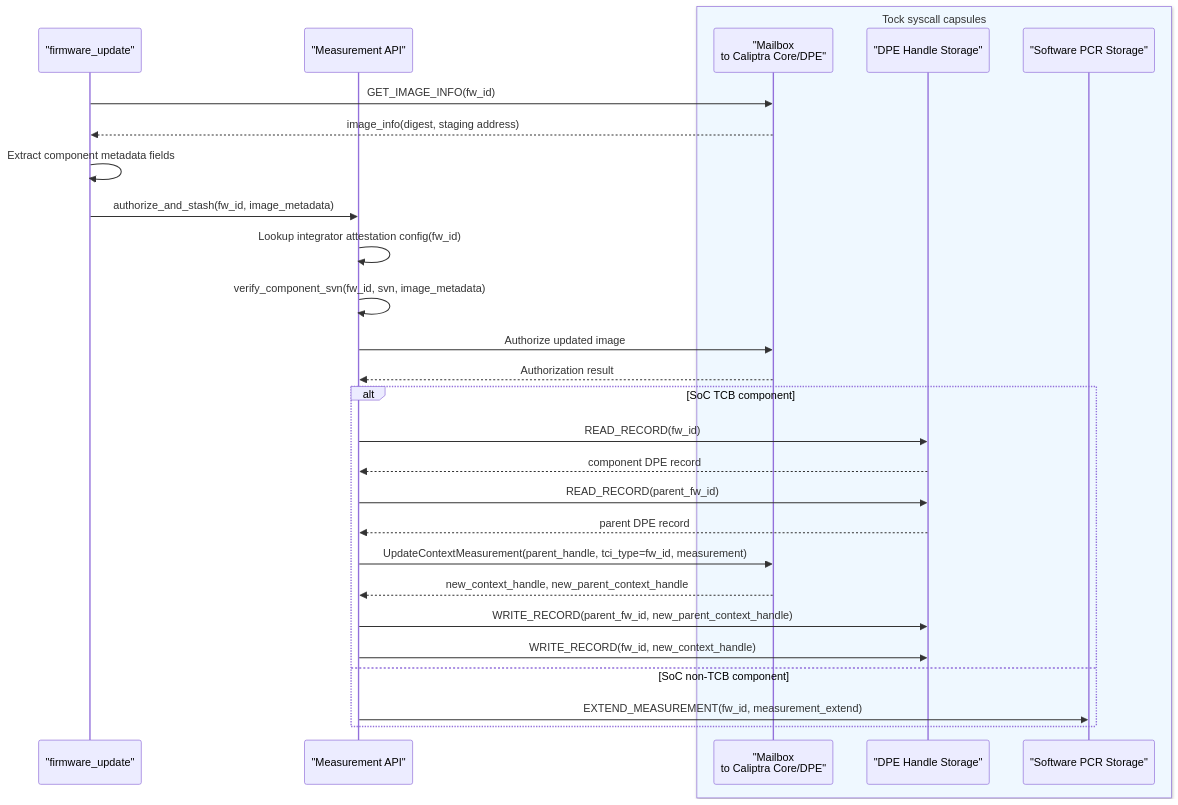
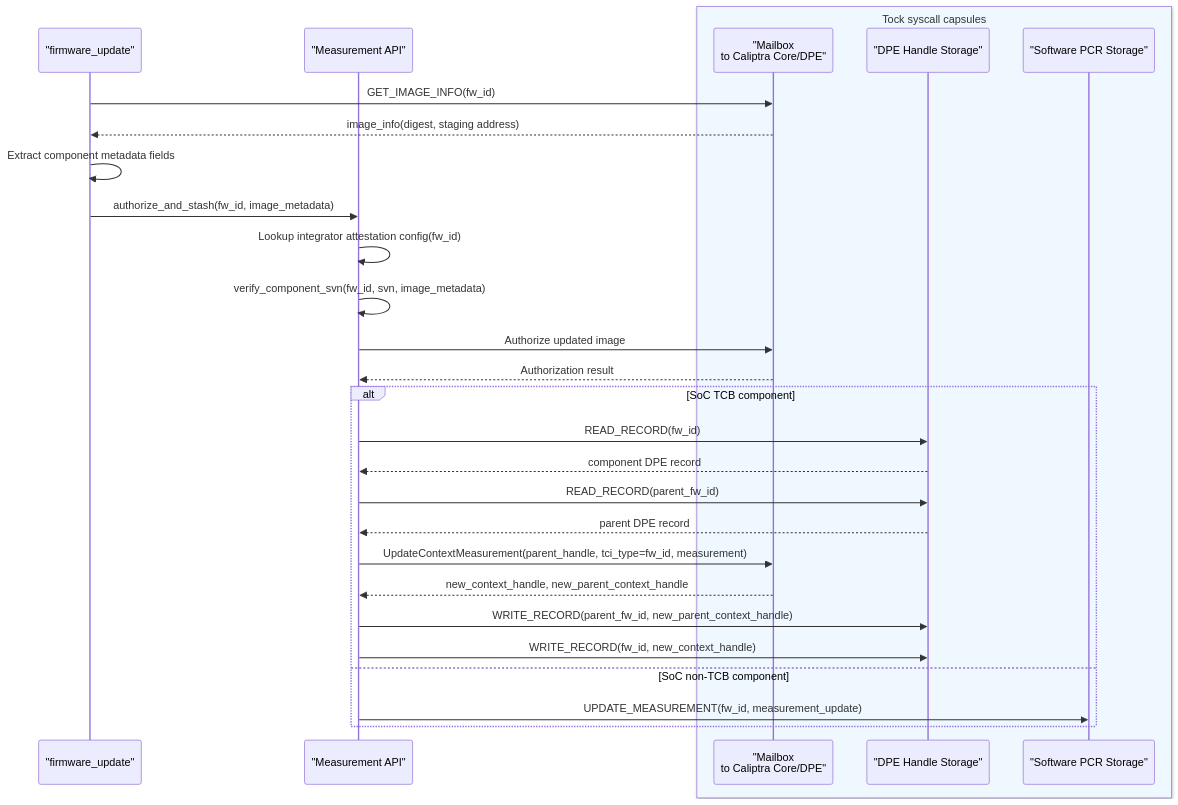
The third of 4 diagrams in docs/src/attestation-measurement-api.md (chipsalliance/caliptra-mcu-sw), drawn with Mermaid before and after one commit. The commit also changed other lines of this file and 2 other files, not shown here.

````diff
--- a/docs/src/attestation-measurement-api.md
+++ b/docs/src/attestation-measurement-api.md
@@ -171,32 +174,32 @@
 ```mermaid
 sequenceDiagram
     participant FwUpdate as "firmware_update"
     participant MApi as "Measurement API"
     box rgb(239, 248, 255) Tock syscall capsules
         participant Mailbox as "Mailbox<br/>to Caliptra Core/DPE"
         participant DpeStore as "DPE Handle Storage"
         participant PcrStore as "Software PCR Storage"
     end
 
     FwUpdate->>Mailbox: GET_IMAGE_INFO(fw_id)
     Mailbox-->>FwUpdate: image_info(digest, staging address)
     FwUpdate->>FwUpdate: Extract component metadata fields
     FwUpdate->>MApi: authorize_and_stash(fw_id, image_metadata)
     MApi->>MApi: Lookup integrator attestation config(fw_id)
     MApi->>MApi: verify_component_svn(fw_id, svn, image_metadata)
     MApi->>Mailbox: Authorize updated image
     Mailbox-->>MApi: Authorization result
 
     alt SoC TCB component
         MApi->>DpeStore: READ_RECORD(fw_id)
         DpeStore-->>MApi: component DPE record
         MApi->>DpeStore: READ_RECORD(parent_fw_id)
         DpeStore-->>MApi: parent DPE record
         MApi->>Mailbox: UpdateContextMeasurement(parent_handle, tci_type=fw_id, measurement)
         Mailbox-->>MApi: new_context_handle, new_parent_context_handle
         MApi->>DpeStore: WRITE_RECORD(parent_fw_id, new_parent_context_handle)
         MApi->>DpeStore: WRITE_RECORD(fw_id, new_context_handle)
     else SoC non-TCB component
-        MApi->>PcrStore: EXTEND_MEASUREMENT(fw_id, measurement_extend)
+        MApi->>PcrStore: UPDATE_MEASUREMENT(fw_id, measurement_update)
     end
 ```
````
